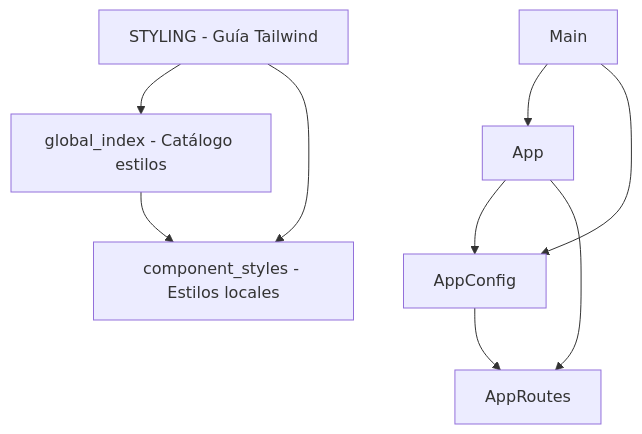
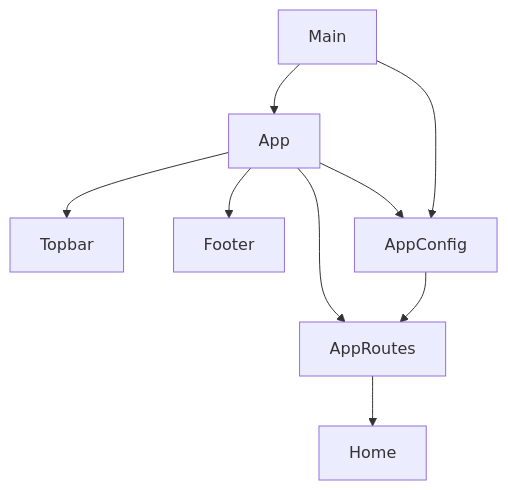
Before and after one commit to lancastmx/POC_admin_migala: the diagram in docs/GRAPH.md, drawn with Mermaid. The commit also changed other lines of this file and 16 other files, not shown here.

````diff
--- a/docs/GRAPH.md
+++ b/docs/GRAPH.md
@@ -7,19 +7,19 @@
 ```mermaid
 graph TD
   comp-001[App]
+  comp-002[Topbar]
+  comp-003[Footer]
+  comp-004[Home]
   cfg-001[AppConfig]
   cfg-002[AppRoutes]
   entry-001[Main]
-  docs-001[STYLING - Guía Tailwind]
-  docs-002[global_index - Catálogo estilos]
-  docs-003[component_styles - Estilos locales]
 
+  comp-001 --> comp-002
+  comp-001 --> comp-003
   comp-001 --> cfg-001
   comp-001 --> cfg-002
   cfg-001 --> cfg-002
+  cfg-002 --> comp-004
   entry-001 --> comp-001
   entry-001 --> cfg-001
-  docs-001 --> docs-002
-  docs-001 --> docs-003
-  docs-002 --> docs-003
 ```
````
